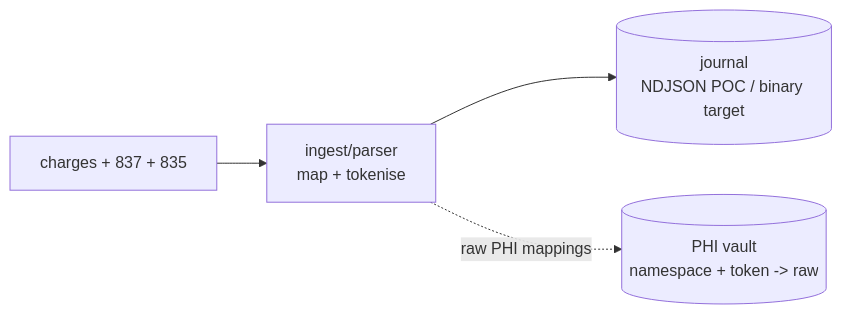
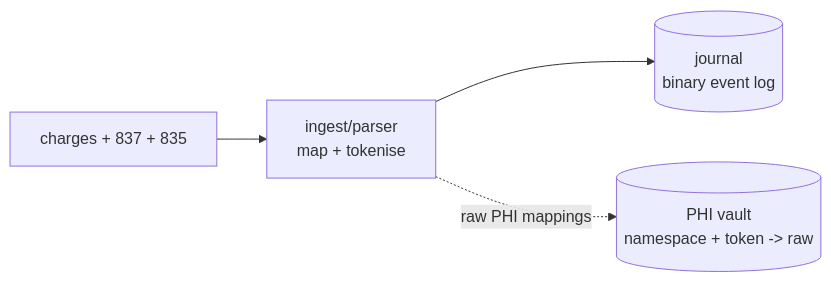
Before and after one commit to AlexJReid/scribe: the first of 2 diagrams in README.md, drawn with Mermaid. The commit also changed other lines of this file and 12 other files, not shown here.

````diff
--- a/README.md
+++ b/README.md
@@ -63,11 +63,11 @@
 ```mermaid
 flowchart LR
     input["charges + 837 + 835"]
     ingest["ingest/parser<br/>map + tokenise"]
-    journal[("journal<br/>NDJSON POC / binary target")]
+    journal[("journal<br/>binary event log")]
     vault[("PHI vault<br/>namespace + token -> raw")]
 
     input --> ingest
     ingest --> journal
     ingest -. raw PHI mappings .-> vault
 ```
````
